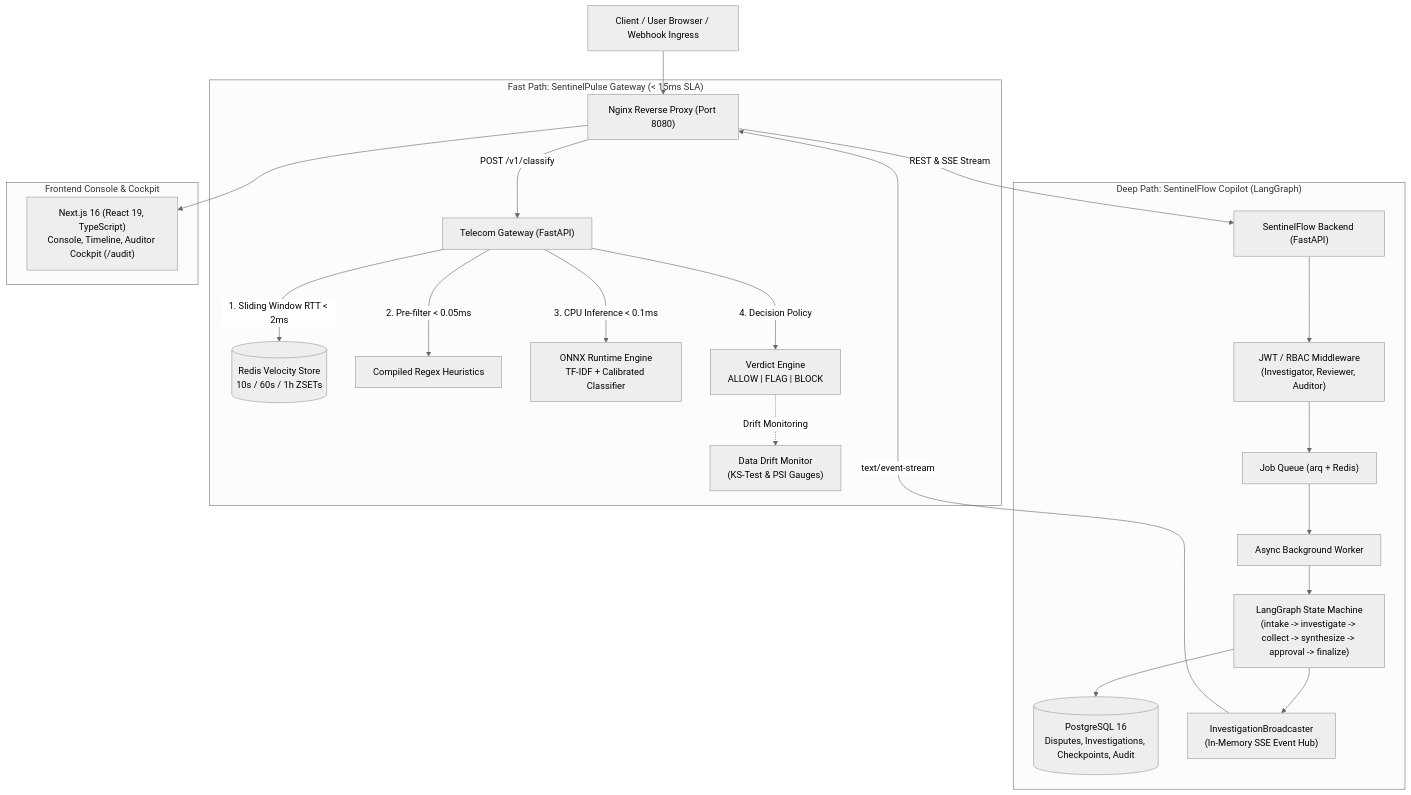
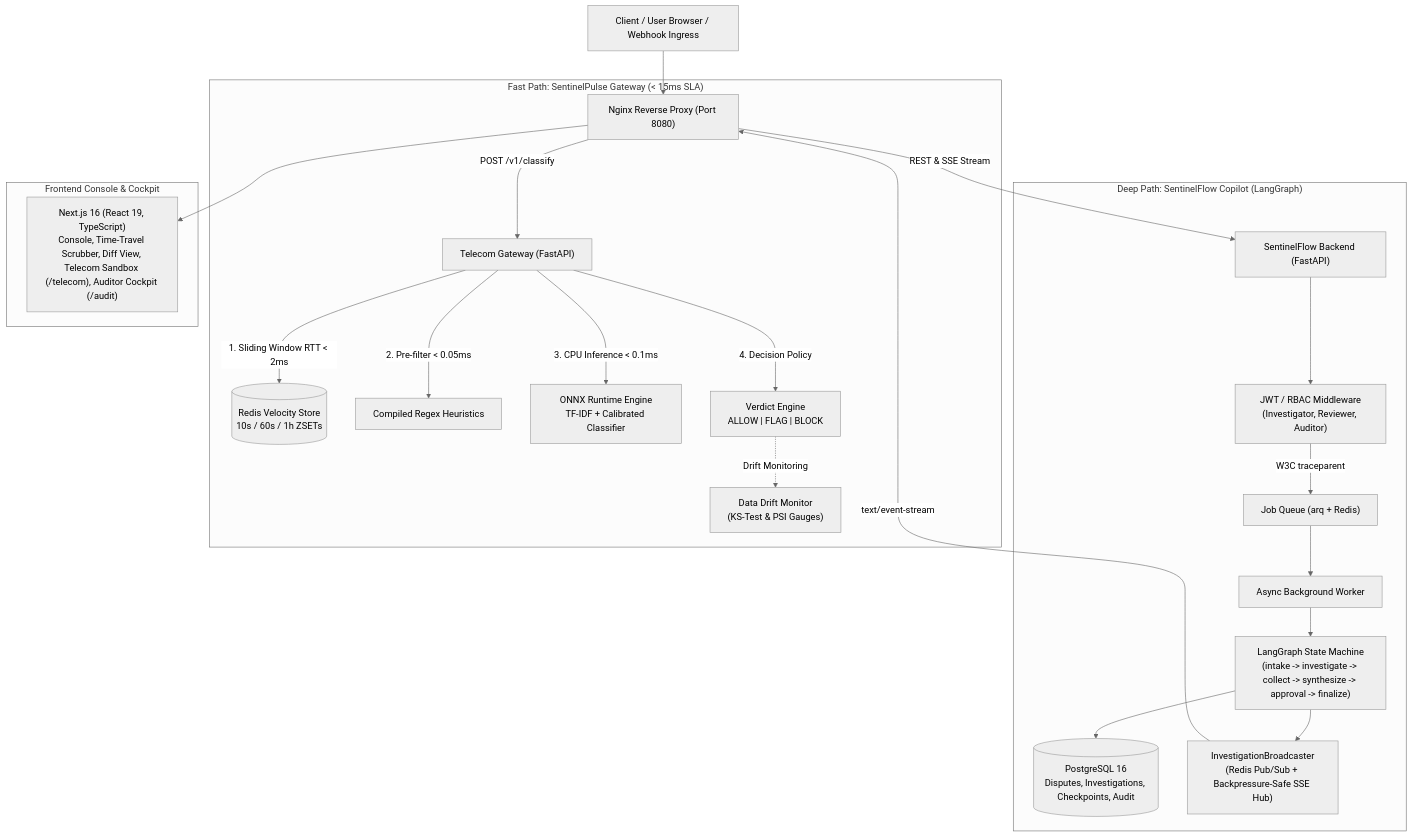
Before and after one commit to thiago-terceiro/sentinelflow: the diagram in PROJECT_CONTEXT.md, drawn with Mermaid (neutral theme). The commit also changed other lines of this file and 58 other files, not shown here.

First line of the commit message:
feat(platform): complete principal audit remediations across workbench, BFF SSE proxy, evals, ONNX batching, and docs

````diff
--- a/PROJECT_CONTEXT.md
+++ b/PROJECT_CONTEXT.md
@@ -22,28 +22,28 @@
 ```mermaid
 flowchart TD
     Client["Client / User Browser / Webhook Ingress"] --> Nginx["Nginx Reverse Proxy (Port 8080)"]
     
     subgraph "Fast Path: SentinelPulse Gateway (< 15ms SLA)"
         Nginx -->|POST /v1/classify| FastGateway["Telecom Gateway (FastAPI)"]
         FastGateway -->|1. Sliding Window RTT < 2ms| RedisStore[("Redis Velocity Store<br/>10s / 60s / 1h ZSETs")]
         FastGateway -->|2. Pre-filter < 0.05ms| RegexEngine["Compiled Regex Heuristics"]
         FastGateway -->|3. CPU Inference < 0.1ms| ONNX["ONNX Runtime Engine<br/>TF-IDF + Calibrated Classifier"]
         FastGateway -->|4. Decision Policy| Verdict["Verdict Engine<br/>ALLOW | FLAG | BLOCK"]
         Verdict -.->|Drift Monitoring| DriftMon["Data Drift Monitor<br/>(KS-Test & PSI Gauges)"]
     end
 
     subgraph "Deep Path: SentinelFlow Copilot (LangGraph)"
         Nginx -->|REST & SSE Stream| BackendAPI["SentinelFlow Backend (FastAPI)"]
         BackendAPI --> Auth["JWT / RBAC Middleware<br/>(Investigator, Reviewer, Auditor)"]
-        Auth --> Queue["Job Queue (arq + Redis)"]
+        Auth -->|W3C traceparent| Queue["Job Queue (arq + Redis)"]
         Queue --> Worker["Async Background Worker"]
         Worker --> Graph["LangGraph State Machine<br/>(intake -> investigate -> collect -> synthesize -> approval -> finalize)"]
         Graph --> PG[("PostgreSQL 16<br/>Disputes, Investigations, Checkpoints, Audit")]
-        Graph --> Broadcaster["InvestigationBroadcaster<br/>(In-Memory SSE Event Hub)"]
+        Graph --> Broadcaster["InvestigationBroadcaster<br/>(Redis Pub/Sub + Backpressure-Safe SSE Hub)"]
         Broadcaster -->|text/event-stream| Nginx
     end
 
     subgraph "Frontend Console & Cockpit"
-        Nginx --> FE["Next.js 16 (React 19, TypeScript)<br/>Console, Timeline, Auditor Cockpit (/audit)"]
+        Nginx --> FE["Next.js 16 (React 19, TypeScript)<br/>Console, Time-Travel Scrubber, Diff View, Telecom Sandbox (/telecom), Auditor Cockpit (/audit)"]
     end
 ```
````
